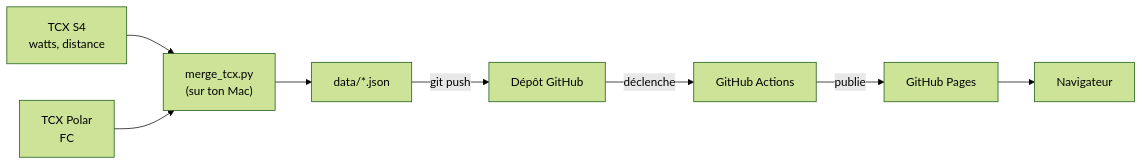
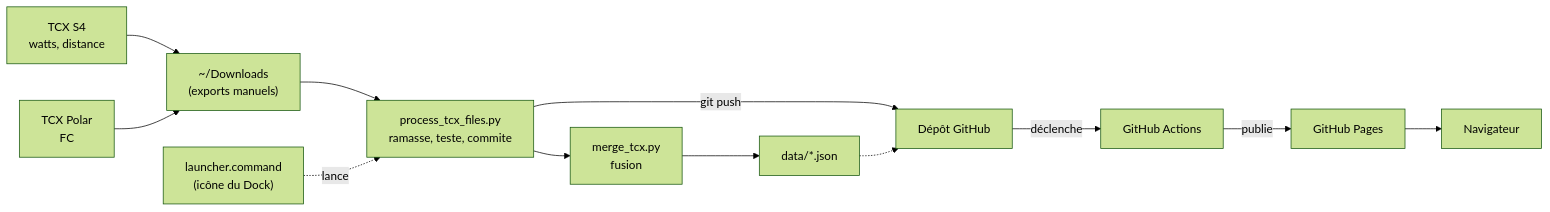
One commit to ndelucin/rowerboard changed the first of 5 diagrams in README.md. Above: the diagram before and after it, drawn with Mermaid (forest theme). The commit also changed other lines of this file and 2 other files, not shown here.

First line of the commit message:
Doc : README et schema.md mis à jour (script de traitement, lanceur, garde-fous)

````diff
--- a/README.md
+++ b/README.md
@@ -22,10 +22,14 @@
 ```mermaid
 flowchart LR
-    S4[TCX S4<br/>watts, distance] --> M
-    P[TCX Polar<br/>FC] --> M
-    M["merge_tcx.py<br/>(sur ton Mac)"] --> D["data/*.json"]
-    D -- git push --> R[Dépôt GitHub]
+    S4[TCX S4<br/>watts, distance] --> DL
+    P[TCX Polar<br/>FC] --> DL
+    DL["~/Downloads<br/>(exports manuels)"] --> PT
+    L["launcher.command<br/>(icône du Dock)"] -. lance .-> PT
+    PT["process_tcx_files.py<br/>ramasse, teste, commite"] --> M["merge_tcx.py<br/>fusion"]
+    M --> D["data/*.json"]
+    PT -- git push --> R[Dépôt GitHub]
+    D -.-> R
     R -- déclenche --> A[GitHub Actions]
     A -- publie --> W[GitHub Pages]
     W --> B[Navigateur]
 ```
````
